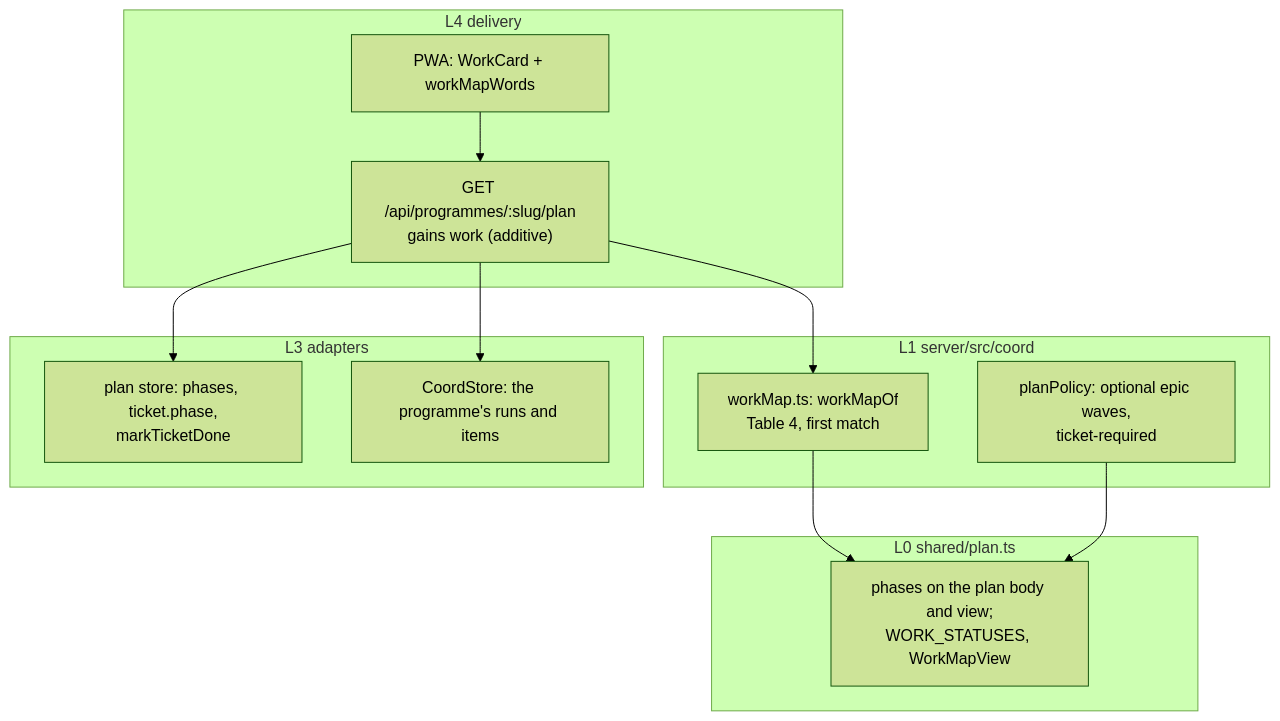
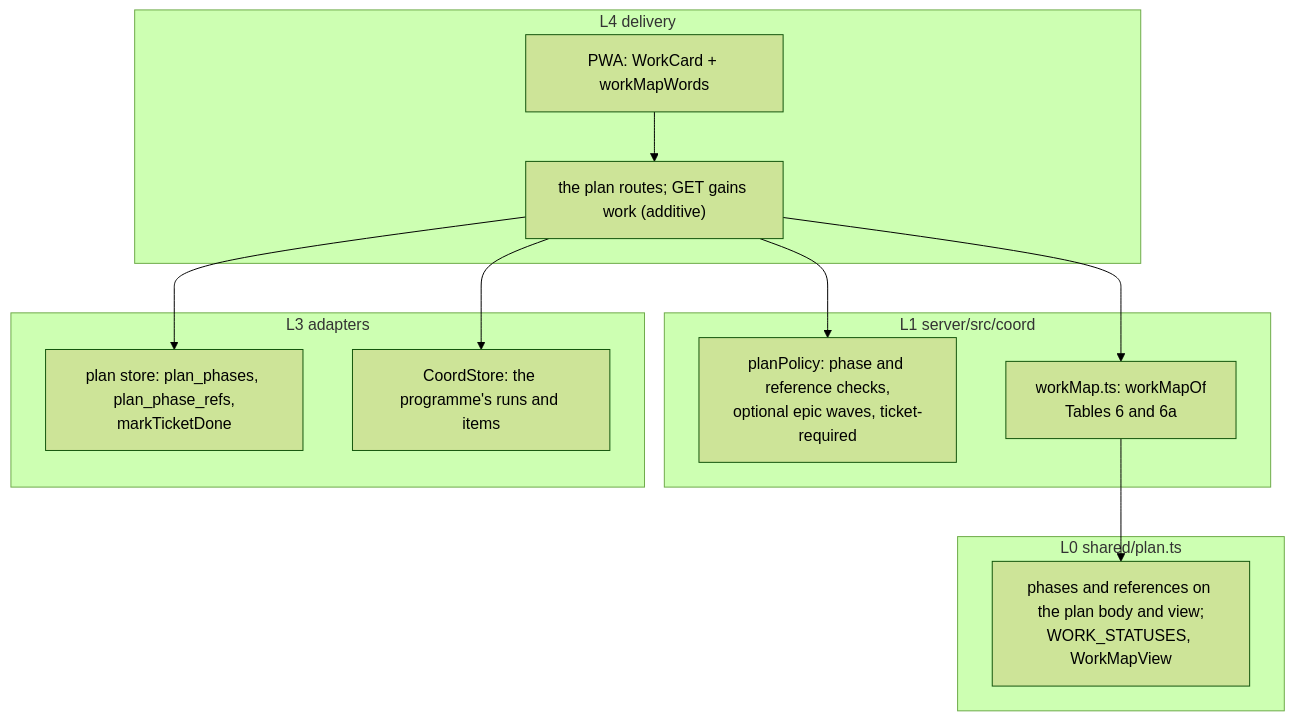
Before and after one commit to Synapsium-Labs/ccrc-pwa: the third of 3 diagrams in docs/superpowers/specs/2026-11-16-programme-work-map-design.md, drawn with Mermaid (forest theme). The commit also changed other lines of this file and 5 other files, not shown here.

First line of the commit message:
docs(desktop-polish): phases reference the hierarchy's epics and tickets (Task C37, D-8669)

````diff
--- a/docs/superpowers/specs/2026-11-16-programme-work-map-design.md
+++ b/docs/superpowers/specs/2026-11-16-programme-work-map-design.md
@@ -275,24 +297,24 @@
 ```mermaid
 flowchart TB
   subgraph L0["L0 shared/plan.ts"]
-    V["phases on the plan body and view;<br/>WORK_STATUSES, WorkMapView"]
+    V["phases and references on the plan body and view;<br/>WORK_STATUSES, WorkMapView"]
   end
   subgraph L1["L1 server/src/coord"]
-    PP["planPolicy: optional epic waves,<br/>ticket-required"]
-    WM["workMap.ts: workMapOf<br/>Table 4, first match"]
+    PP["planPolicy: phase and reference checks,<br/>optional epic waves, ticket-required"]
+    WM["workMap.ts: workMapOf<br/>Tables 6 and 6a"]
   end
   subgraph L3["L3 adapters"]
-    PS["plan store: phases, ticket.phase,<br/>markTicketDone"]
+    PS["plan store: plan_phases, plan_phase_refs,<br/>markTicketDone"]
     CS["CoordStore: the programme's runs and items"]
   end
   subgraph L4["L4 delivery"]
-    RT["GET /api/programmes/:slug/plan<br/>gains work (additive)"]
+    RT["the plan routes; GET gains work (additive)"]
     UI["PWA: WorkCard + workMapWords"]
   end
   RT --> PS
   RT --> CS
   RT --> WM
+  RT --> PP
   WM --> V
-  PP --> V
   UI --> RT
 ```
````
